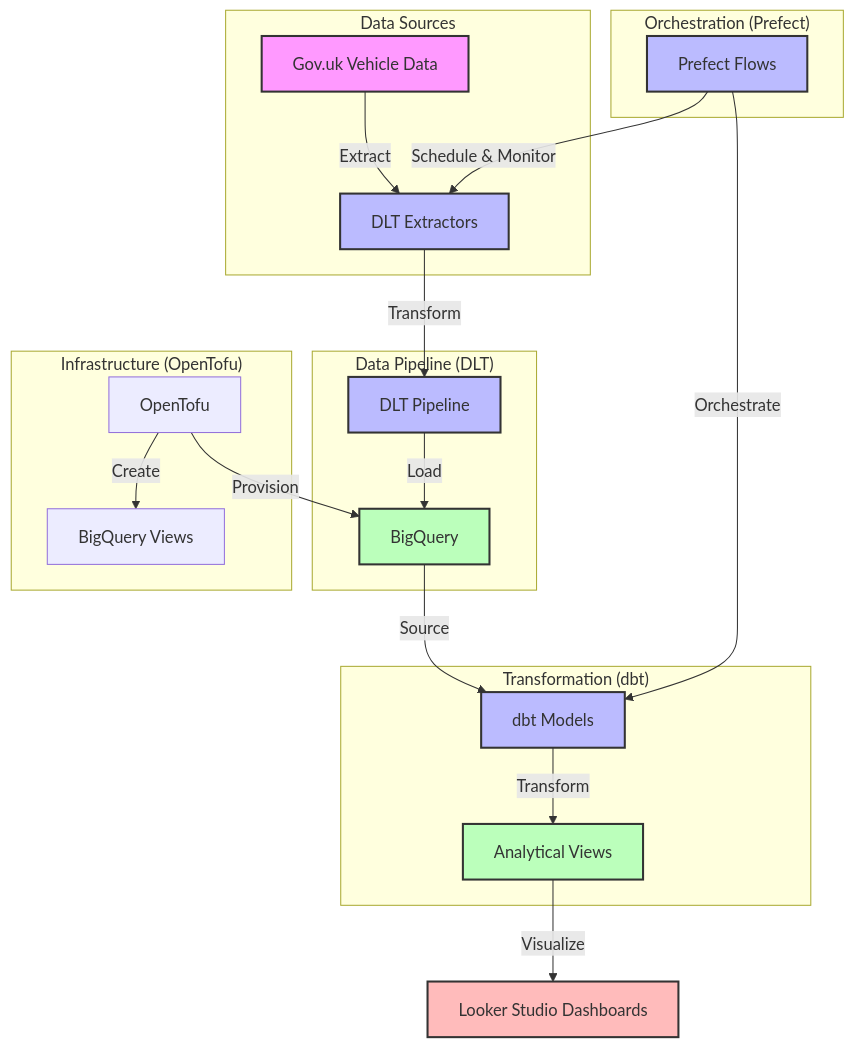
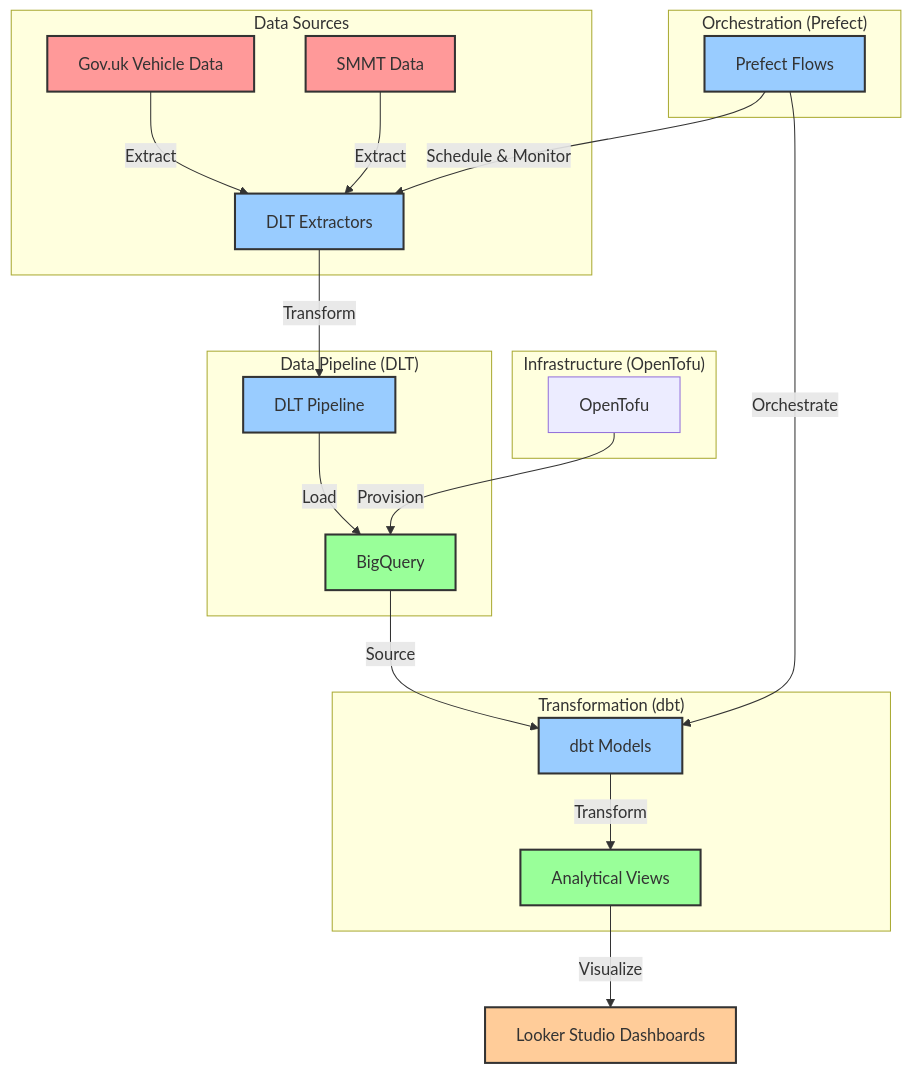
Before and after one commit to chrisgilbert/de-zoomcamp-project: the diagram in readme.md, drawn with Mermaid. The commit also changed other lines of this file, not shown here.

Commit message:
fix: improve diagram, other doc

````diff
--- a/readme.md
+++ b/readme.md
@@ -13,38 +13,38 @@
 ```mermaid
 graph TD
     subgraph "Data Sources"
         A[Gov.uk Vehicle Data] -->|Extract| C
+        B[SMMT Data] -->|Extract| C
     end
     
     subgraph "Data Pipeline (DLT)"
         C[DLT Extractors] -->|Transform| D[DLT Pipeline]
         D -->|Load| E[BigQuery]
     end
     
     subgraph "Infrastructure (OpenTofu)"
         T[OpenTofu] -->|Provision| E
-        T -->|Create| V[BigQuery Views]
     end
     
     subgraph "Transformation (dbt)"
         E -->|Source| F[dbt Models]
         F -->|Transform| G[Analytical Views]
     end
     
     subgraph "Orchestration (Prefect)"
         P[Prefect Flows] -->|Schedule & Monitor| C
         P -->|Orchestrate| F
     end
     
     G -->|Visualize| H[Looker Studio Dashboards]
     
-    classDef source fill:#f9f,stroke:#333,stroke-width:2px
-    classDef process fill:#bbf,stroke:#333,stroke-width:2px
-    classDef storage fill:#bfb,stroke:#333,stroke-width:2px
-    classDef viz fill:#fbb,stroke:#333,stroke-width:2px
+    classDef source fill:#ff9999,stroke:#333,stroke-width:2px
+    classDef process fill:#99ccff,stroke:#333,stroke-width:2px
+    classDef storage fill:#99ff99,stroke:#333,stroke-width:2px
+    classDef viz fill:#ffcc99,stroke:#333,stroke-width:2px
     
     class A,B source
     class C,D,F,P process
     class E,G storage
     class H viz
 ```
````
